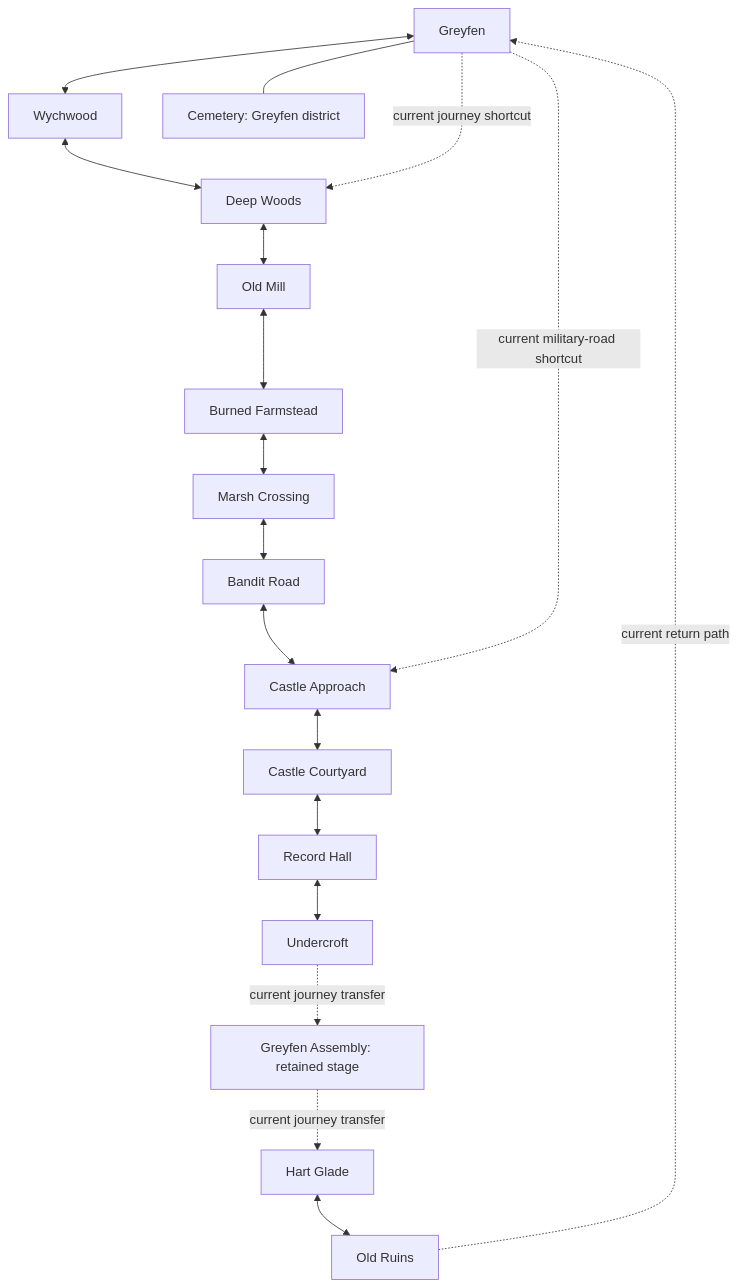
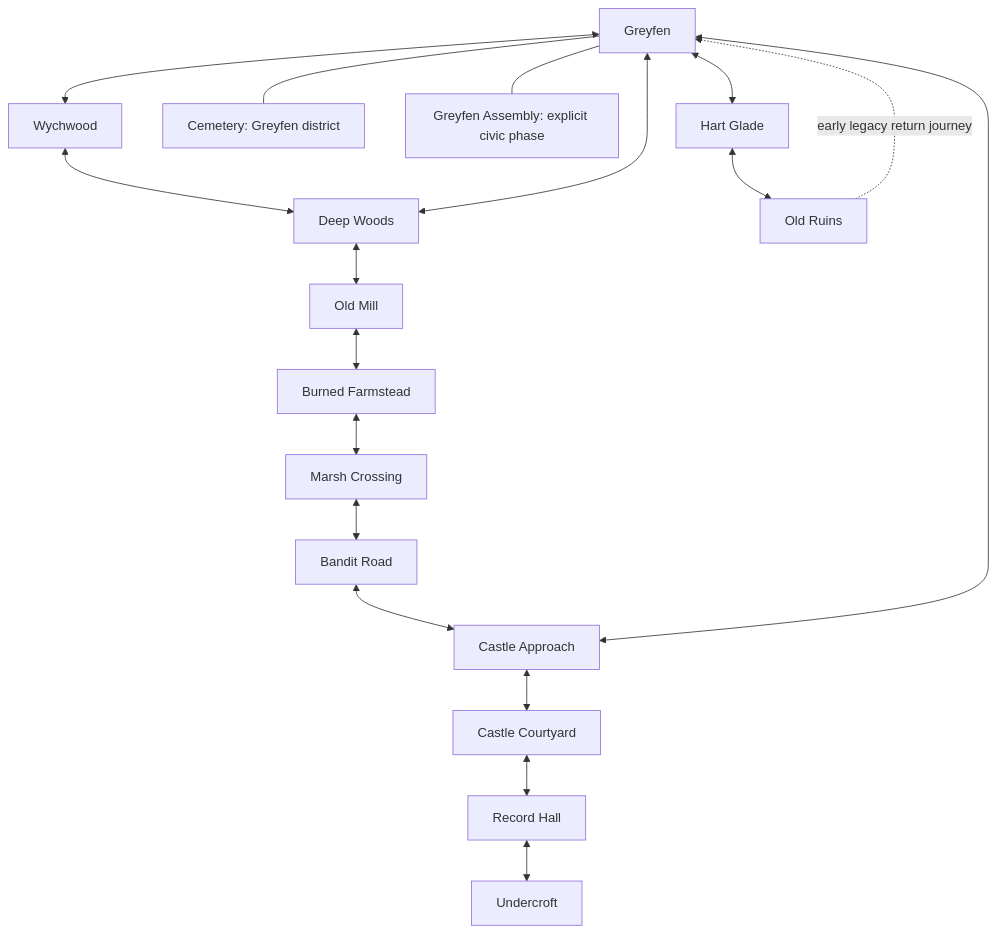
Before and after one commit to RafaTahir/AshenOath: the diagram in plans/living-road/WORLD_CONNECTIONS.md, drawn with Mermaid. The commit also changed other lines of this file and 31 other files, not shown here.

````diff
--- a/plans/living-road/WORLD_CONNECTIONS.md
+++ b/plans/living-road/WORLD_CONNECTIONS.md
@@ -6,20 +6,20 @@
 ```mermaid
 flowchart TD
   GRE[Greyfen] <--> WYC[Wychwood]
   WYC <--> DEP[Deep Woods]
   DEP <--> MIL[Old Mill]
   MIL <--> FAR[Burned Farmstead]
   FAR <--> MAR[Marsh Crossing]
   MAR <--> BAN[Bandit Road]
   BAN <--> APP[Castle Approach]
   APP <--> CRT[Castle Courtyard]
   CRT <--> REC[Record Hall]
   REC <--> UND[Undercroft]
   GRE --- CEM[Cemetery: Greyfen district]
-  GRE -. current journey shortcut .-> DEP
-  GRE -. current military-road shortcut .-> APP
-  UND -. current journey transfer .-> ASM[Greyfen Assembly: retained stage]
-  ASM -. current journey transfer .-> HAR[Hart Glade]
+  GRE <--> DEP
+  GRE <--> APP
+  GRE --- ASM[Greyfen Assembly: explicit civic phase]
+  GRE <--> HAR[Hart Glade]
   HAR <--> RUI[Old Ruins]
-  RUI -. current return path .-> GRE
+  RUI -. early legacy return journey .-> GRE
 ```
````
